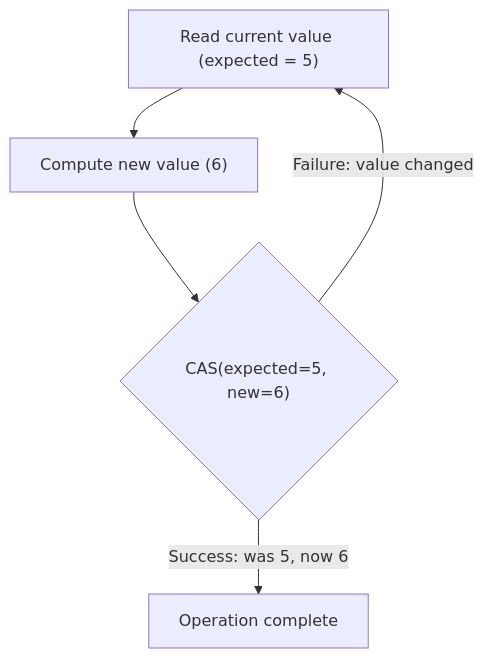
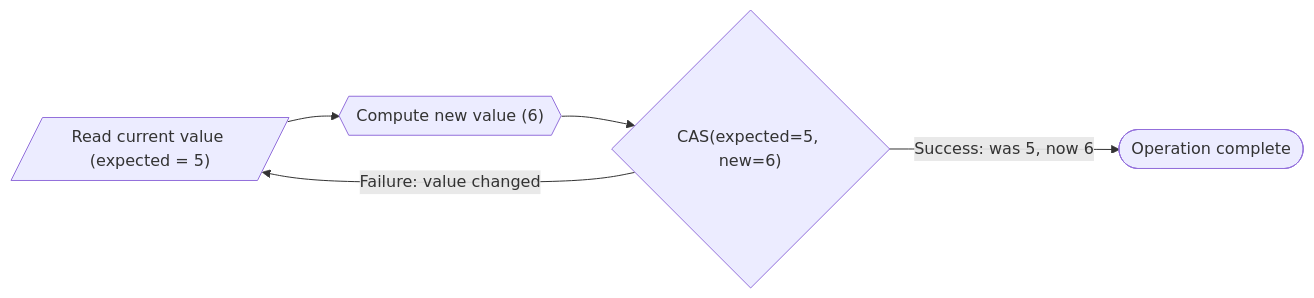
The sixth of 9 diagrams in docs/java/MultiThreading.md (saivamsikaruturi/vamsilabs-dev-notes-main), drawn with Mermaid before and after one commit. The commit also changed other lines of this file and 146 other files, not shown here.

Commit message:
Horizontal diagrams, UML class diagrams, typography overhaul, and permalink cleanup

````diff
--- a/docs/java/MultiThreading.md
+++ b/docs/java/MultiThreading.md
@@ -619,7 +621,7 @@
 ```mermaid
-flowchart TD
-    READ["Read current value (expected = 5)"] --> COMPUTE["Compute new value (6)"]
+flowchart LR
+    READ[/"Read current value (expected = 5)"/] --> COMPUTE{{"Compute new value (6)"}}
     COMPUTE --> CAS{"CAS(expected=5, new=6)"}
-    CAS -->|Success: was 5, now 6| DONE["Operation complete"]
+    CAS -->|Success: was 5, now 6| DONE(["Operation complete"])
     CAS -->|Failure: value changed| READ
 ```
````
